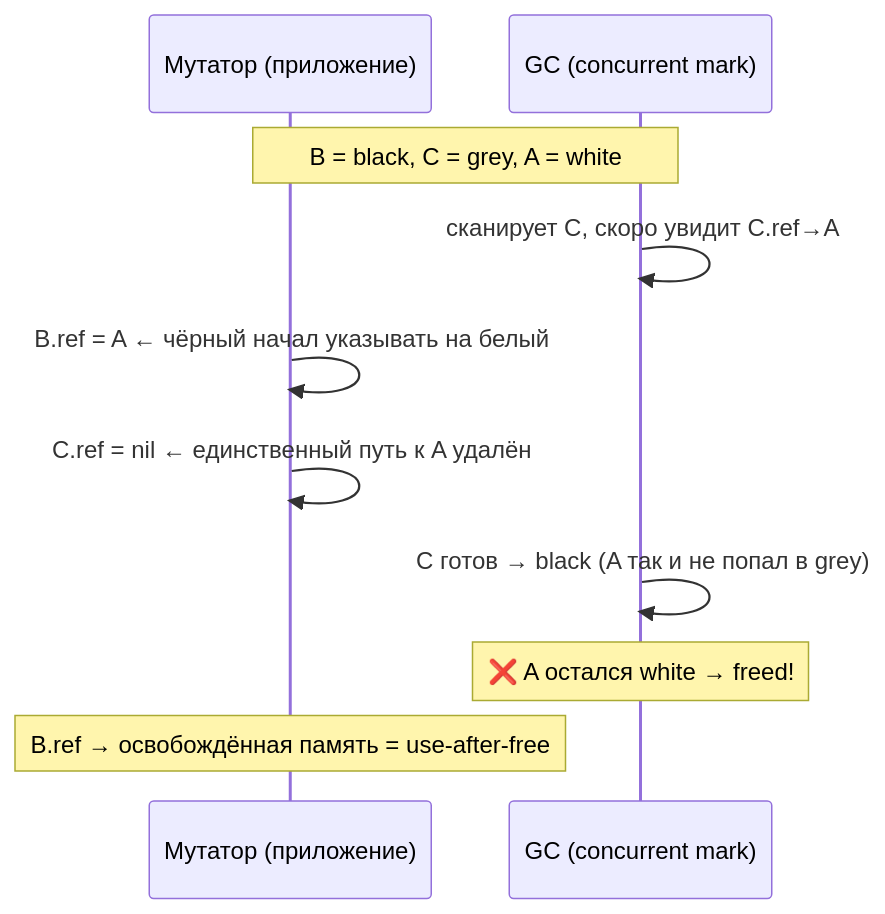
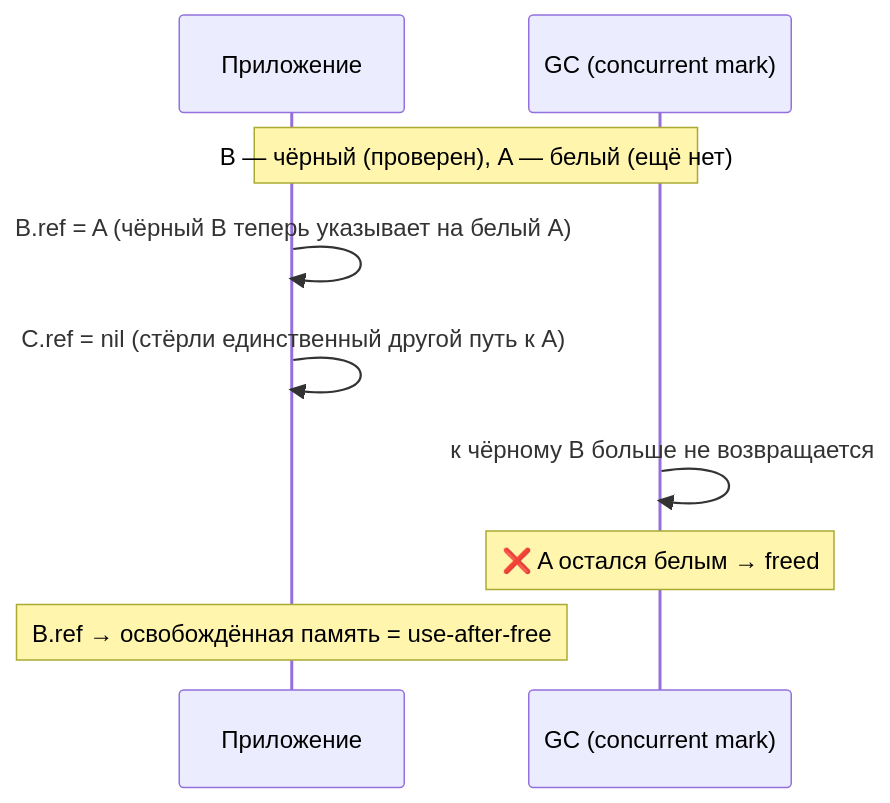
Before and after one commit to fev0ks/LearnGoLang: the second of 5 diagrams in docs/senior-golang-study/01-go-core/memory-internals/04-garbage-collector.md, drawn with Mermaid. The commit also changed other lines of this file and 4 other files, not shown here.

````diff
--- a/docs/senior-golang-study/01-go-core/memory-internals/04-garbage-collector.md
+++ b/docs/senior-golang-study/01-go-core/memory-internals/04-garbage-collector.md
@@ -98,14 +94,13 @@
 ```mermaid
 sequenceDiagram
-    participant M as Мутатор (приложение)
+    participant M as Приложение
     participant GC as GC (concurrent mark)
 
-    Note over M,GC: B = black,  C = grey,  A = white
+    Note over M,GC: B — чёрный (проверен), A — белый (ещё нет)
 
-    GC  ->> GC: сканирует C, скоро увидит C.ref→A
-    M   ->> M:  B.ref = A   ← чёрный начал указывать на белый
-    M   ->> M:  C.ref = nil ← единственный путь к A удалён
-    GC  ->> GC: C готов → black (A так и не попал в grey)
-    Note over GC: ❌ A остался white → freed!
+    M   ->> M:  B.ref = A   (чёрный B теперь указывает на белый A)
+    M   ->> M:  C.ref = nil (стёрли единственный другой путь к A)
+    GC  ->> GC: к чёрному B больше не возвращается
+    Note over GC: ❌ A остался белым → freed
     Note over M:  B.ref → освобождённая память = use-after-free
 ```
````
